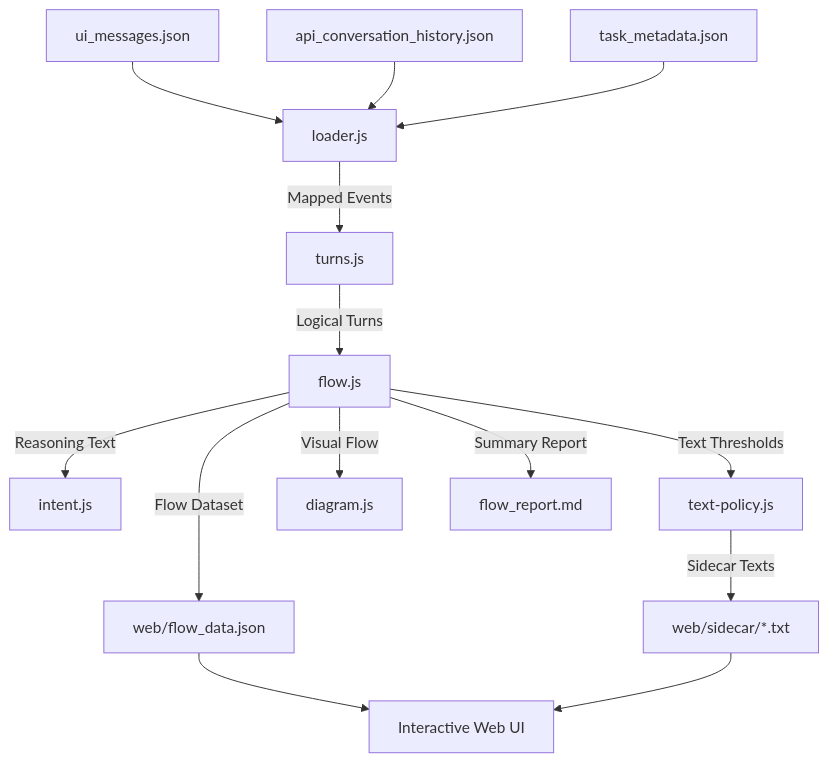
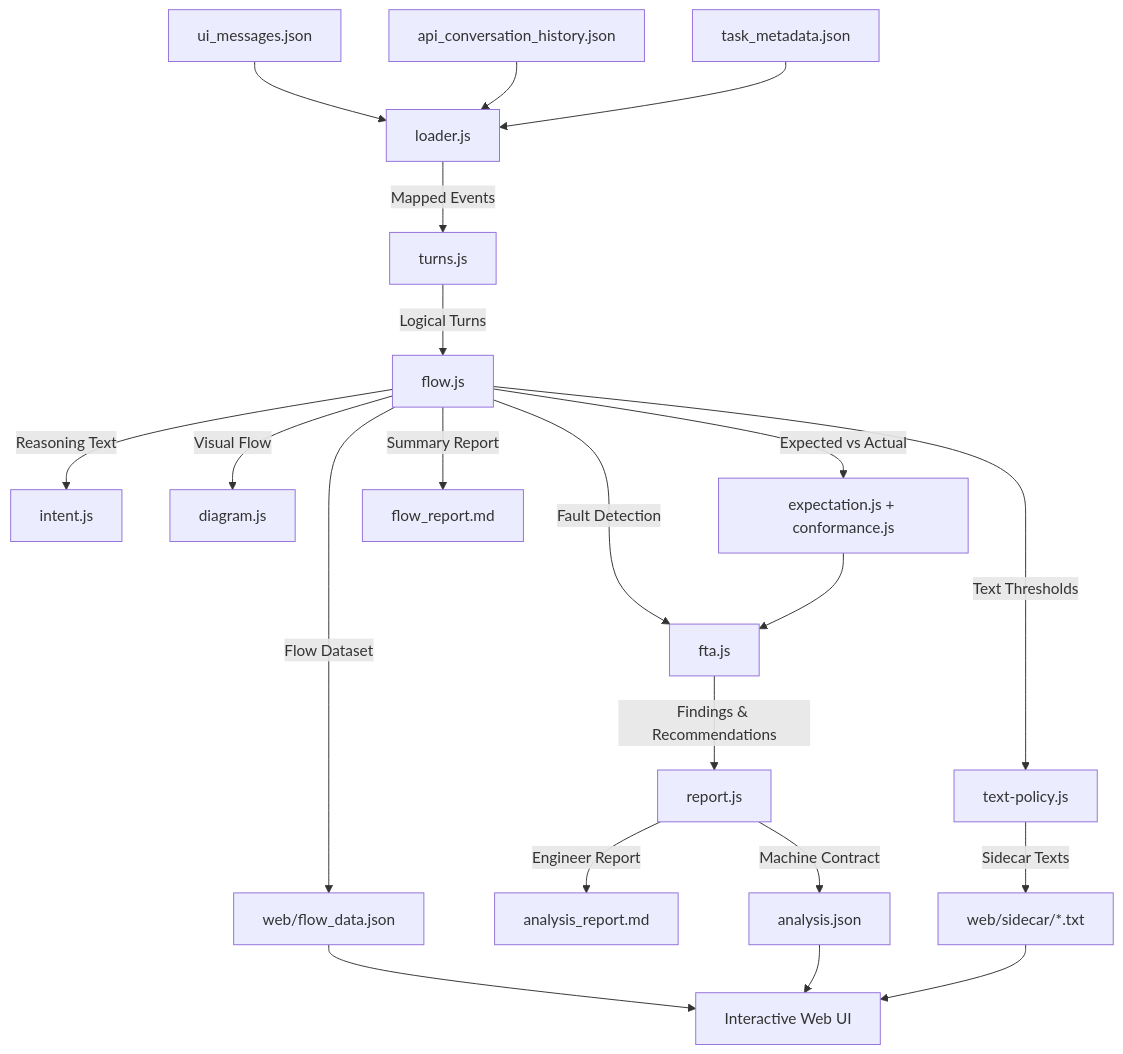
One commit to congtubkbn/cline-agent changed the diagram in README.md. Above: the diagram before and after it, drawn with Mermaid. The commit also changed other lines of this file and 12 other files, not shown here.

First line of the commit message:
feat: add analysis layer — fault tree analysis (FTA), versioned analysis.json and dashboard Analysis tab

````diff
--- a/README.md
+++ b/README.md
@@ -24,20 +24,28 @@
 ```mermaid
 flowchart TD
     Raw[ui_messages.json] --> Load[loader.js]
     API[api_conversation_history.json] --> Load
     Meta[task_metadata.json] --> Load
     
     Load --> |Mapped Events| Group[turns.js]
     Group --> |Logical Turns| Flow[flow.js]
     
     Flow --> |Reasoning Text| Intent[intent.js]
     Flow --> |Text Thresholds| Policy[text-policy.js]
     Flow --> |Visual Flow| Diagram[diagram.js]
     
+    Flow --> |Expected vs Actual| Conf[expectation.js + conformance.js]
+    Flow --> |Fault Detection| FTA[fta.js]
+    Conf --> FTA
+    FTA --> |Findings & Recommendations| Report[report.js]
+    Report --> |Machine Contract| AJSON[analysis.json]
+    Report --> |Engineer Report| AMD[analysis_report.md]
+    
     Policy --> |Sidecar Texts| Sidecar[web/sidecar/*.txt]
     Flow --> |Flow Dataset| JSON[web/flow_data.json]
     Flow --> |Summary Report| MD[flow_report.md]
     
     JSON --> Web[Interactive Web UI]
+    AJSON --> Web
     Sidecar --> Web
 ```
````
